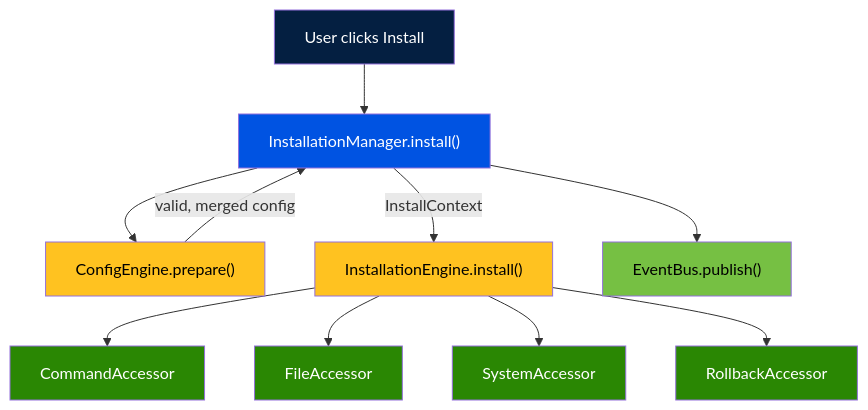
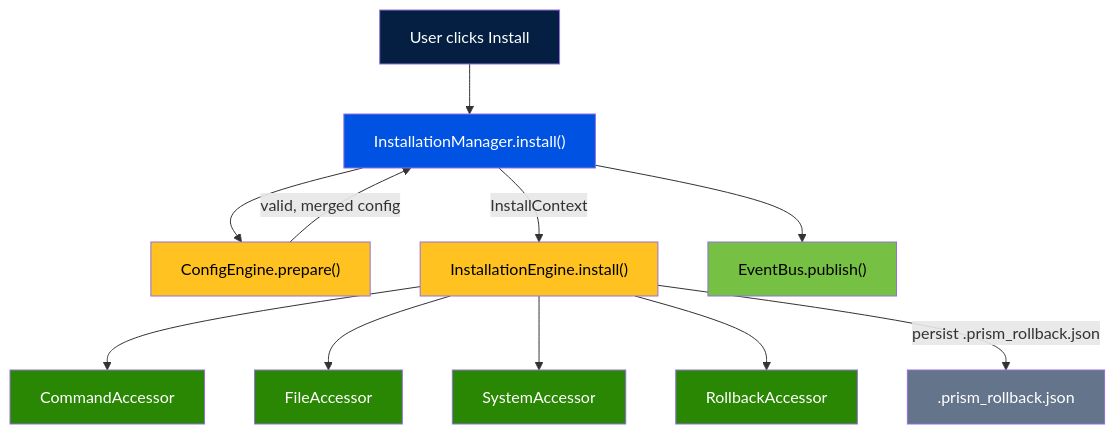
The second of 2 diagrams in docs/reference/architecture.md (andersonwilliam85/prism), drawn with Mermaid before and after one commit. The commit also changed other lines of this file and 13 other files, not shown here.

````diff
--- a/docs/reference/architecture.md
+++ b/docs/reference/architecture.md
@@ -155,22 +159,24 @@
 ```mermaid
 flowchart TB
     USER["User clicks Install"] --> IM["InstallationManager.install()"]
     IM --> CE["ConfigEngine.prepare()"]
     CE -->|"valid, merged config"| IM
     IM -->|"InstallContext"| IE["InstallationEngine.install()"]
     IE --> CA["CommandAccessor"]
     IE --> FA["FileAccessor"]
     IE --> SA["SystemAccessor"]
     IE --> RBA["RollbackAccessor"]
+    IE -->|"persist .prism_rollback.json"| MANIFEST[".prism_rollback.json"]
     IM --> EB["EventBus.publish()"]
 
     style USER fill:#041f41,color:#fff
     style IM fill:#0053e2,color:#fff
     style CE fill:#ffc220,color:#000
     style IE fill:#ffc220,color:#000
     style FA fill:#2a8703,color:#fff
     style CA fill:#2a8703,color:#fff
     style SA fill:#2a8703,color:#fff
     style RBA fill:#2a8703,color:#fff
     style EB fill:#76c043,color:#000
+    style MANIFEST fill:#64748b,color:#fff
 ```
````
